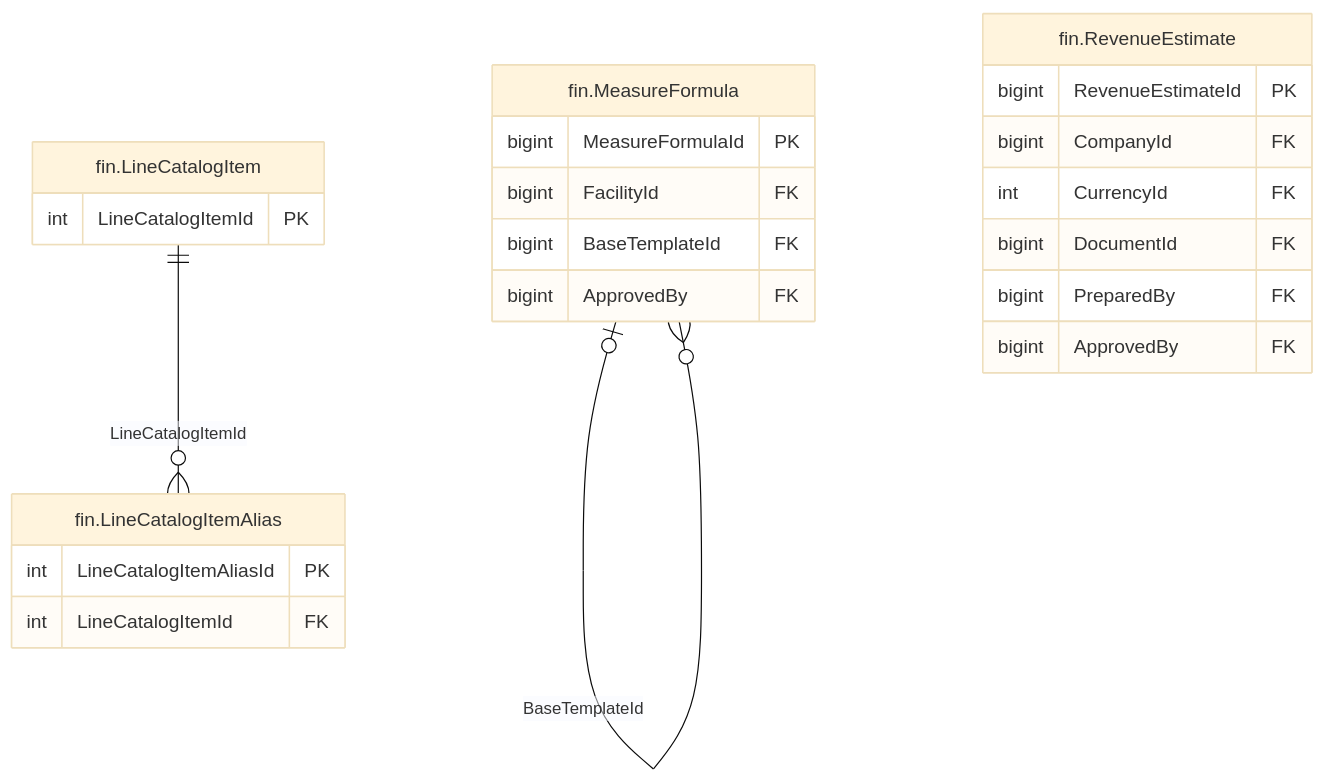
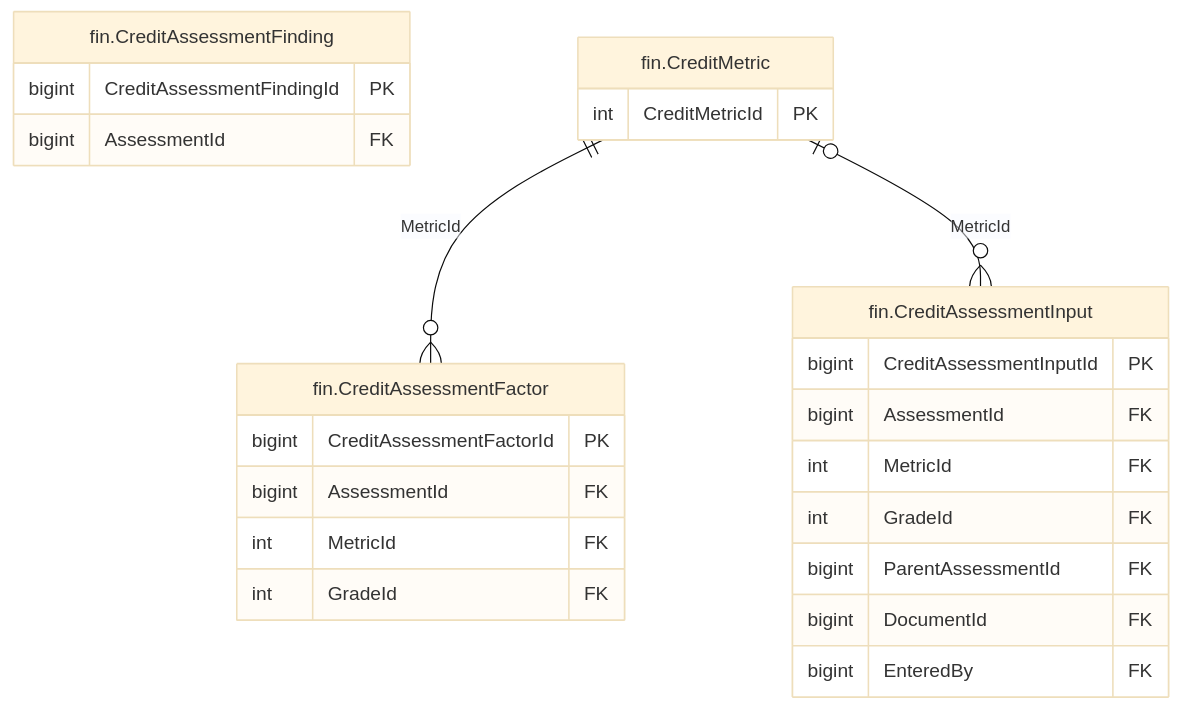
The diagram in treasury-platform/docs/diagrams/erd/m5_financials_2.mmd (thawrasy/smartlines), drawn with Mermaid (base theme) before and after one commit. The commit also changed 62 other files, not shown here.

First line of the commit message:
Credit assessment of a balance sheet on the Moody's scale; BR-FIN-016 approved

```diff
--- a/treasury-platform/docs/diagrams/erd/m5_financials_2.mmd
+++ b/treasury-platform/docs/diagrams/erd/m5_financials_2.mmd
@@ -1,25 +1,26 @@
-%% م5 · البيانات المالية والأرصدة (2/3) — Financial statements & balances
+%% م5 · البيانات المالية والأرصدة (2/5) — Financial statements & balances
 erDiagram
-  fin_LineCatalogItem["fin.LineCatalogItem"] {
-    int LineCatalogItemId PK
+  fin_CreditAssessmentFactor["fin.CreditAssessmentFactor"] {
+    bigint CreditAssessmentFactorId PK
+    bigint AssessmentId FK
+    int MetricId FK
+    int GradeId FK
   }
-  fin_LineCatalogItemAlias["fin.LineCatalogItemAlias"] {
-    int LineCatalogItemAliasId PK
-    int LineCatalogItemId FK
+  fin_CreditAssessmentFinding["fin.CreditAssessmentFinding"] {
+    bigint CreditAssessmentFindingId PK
+    bigint AssessmentId FK
   }
-  fin_MeasureFormula["fin.MeasureFormula"] {
-    bigint MeasureFormulaId PK
-    bigint FacilityId FK
-    bigint BaseTemplateId FK
-    bigint ApprovedBy FK
+  fin_CreditAssessmentInput["fin.CreditAssessmentInput"] {
+    bigint CreditAssessmentInputId PK
+    bigint AssessmentId FK
+    int MetricId FK
+    int GradeId FK
+    bigint ParentAssessmentId FK
+    bigint DocumentId FK
+    bigint EnteredBy FK
   }
-  fin_RevenueEstimate["fin.RevenueEstimate"] {
-    bigint RevenueEstimateId PK
-    bigint CompanyId FK
-    int CurrencyId FK
-    bigint DocumentId FK
-    bigint PreparedBy FK
-    bigint ApprovedBy FK
+  fin_CreditMetric["fin.CreditMetric"] {
+    int CreditMetricId PK
   }
-  fin_LineCatalogItem ||--o{ fin_LineCatalogItemAlias : "LineCatalogItemId"
-  fin_MeasureFormula |o--o{ fin_MeasureFormula : "BaseTemplateId"
+  fin_CreditMetric ||--o{ fin_CreditAssessmentFactor : "MetricId"
+  fin_CreditMetric |o--o{ fin_CreditAssessmentInput : "MetricId"
```
